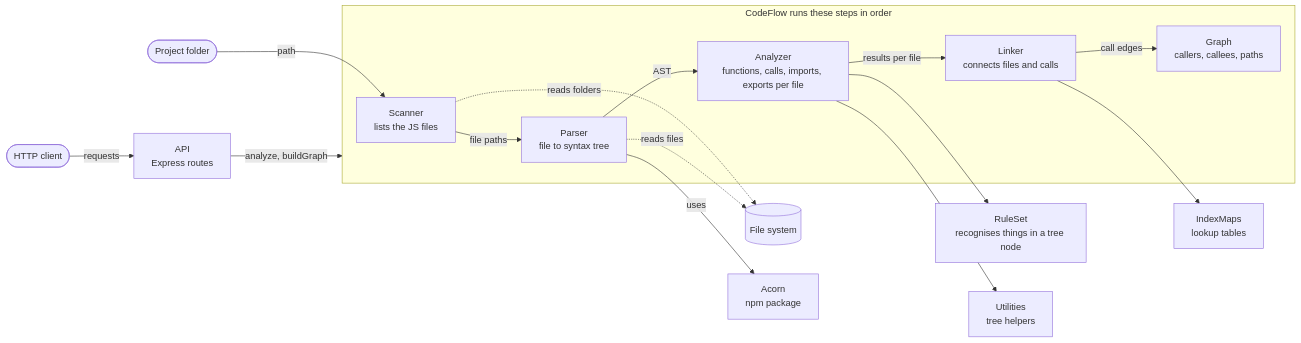
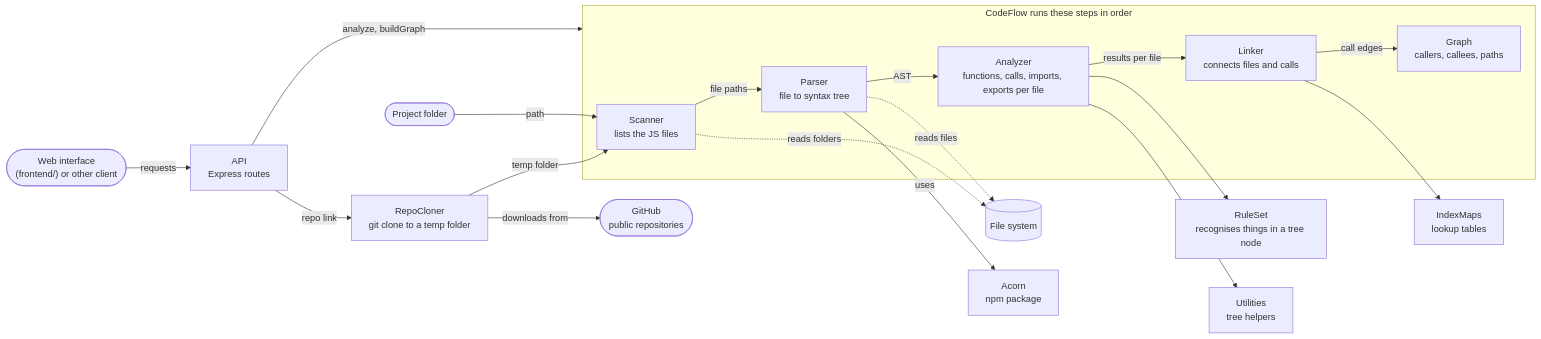
Before and after one commit to Rohitsinghwho/CodeFlow-Analyzer: the diagram in docs/architecture-diagram.md, drawn with Mermaid. The commit also changed other lines of this file and 9 other files, not shown here.

Commit message:
feat(api): analyze public GitHub repositories by link

````diff
--- a/docs/architecture-diagram.md
+++ b/docs/architecture-diagram.md
@@ -6,35 +6,40 @@
 ```mermaid
 flowchart LR
-  client(["HTTP client"])
+  client(["Web interface<br/>(frontend/) or other client"])
   folder(["Project folder"])
   fs[("File system")]
   acorn["Acorn<br/>npm package"]
 
   subgraph codeflow["CodeFlow runs these steps in order"]
     scan["Scanner<br/>lists the JS files"]
     parse["Parser<br/>file to syntax tree"]
     analyze["Analyzer<br/>functions, calls, imports, exports per file"]
     link["Linker<br/>connects files and calls"]
     graphq["Graph<br/>callers, callees, paths"]
   end
 
   api["API<br/>Express routes"]
+  github(["GitHub<br/>public repositories"])
+  cloner["RepoCloner<br/>git clone to a temp folder"]
   rules["RuleSet<br/>recognises things in a tree node"]
   utils["Utilities<br/>tree helpers"]
   indexes["IndexMaps<br/>lookup tables"]
 
   client -->|"requests"| api
   api -->|"analyze, buildGraph"| codeflow
+  api -->|"repo link"| cloner
+  cloner -->|"downloads from"| github
+  cloner -->|"temp folder"| scan
   folder -->|"path"| scan
   scan -->|"file paths"| parse
   parse -->|"AST"| analyze
   analyze -->|"results per file"| link
   link -->|"call edges"| graphq
 
   scan -.->|"reads folders"| fs
   parse -.->|"reads files"| fs
   parse -->|"uses"| acorn
   analyze --> rules
   analyze --> utils
   link --> indexes
 ```
````
